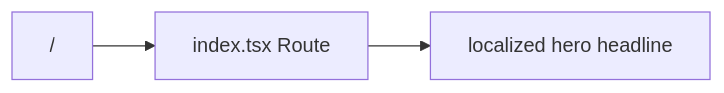
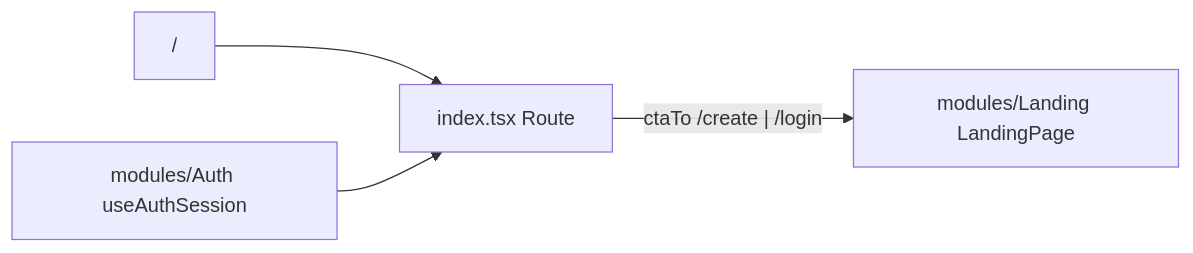
Before and after one commit to AzamatRaimbekov2/openCreate: the diagram in apps/web/src/routes/index.tsx.md, drawn with Mermaid. The commit also changed other lines of this file and 25 other files, not shown here.

````diff
--- a/apps/web/src/routes/index.tsx.md
+++ b/apps/web/src/routes/index.tsx.md
@@ -19,4 +23,6 @@
 ```mermaid
 flowchart LR
-  URL["/"] --> R[index.tsx Route] --> H[localized hero headline]
+  URL["/"] --> R[index.tsx Route]
+  Auth[modules/Auth useAuthSession] --> R
+  R -- "ctaTo /create | /login" --> LP[modules/Landing LandingPage]
 ```
````
